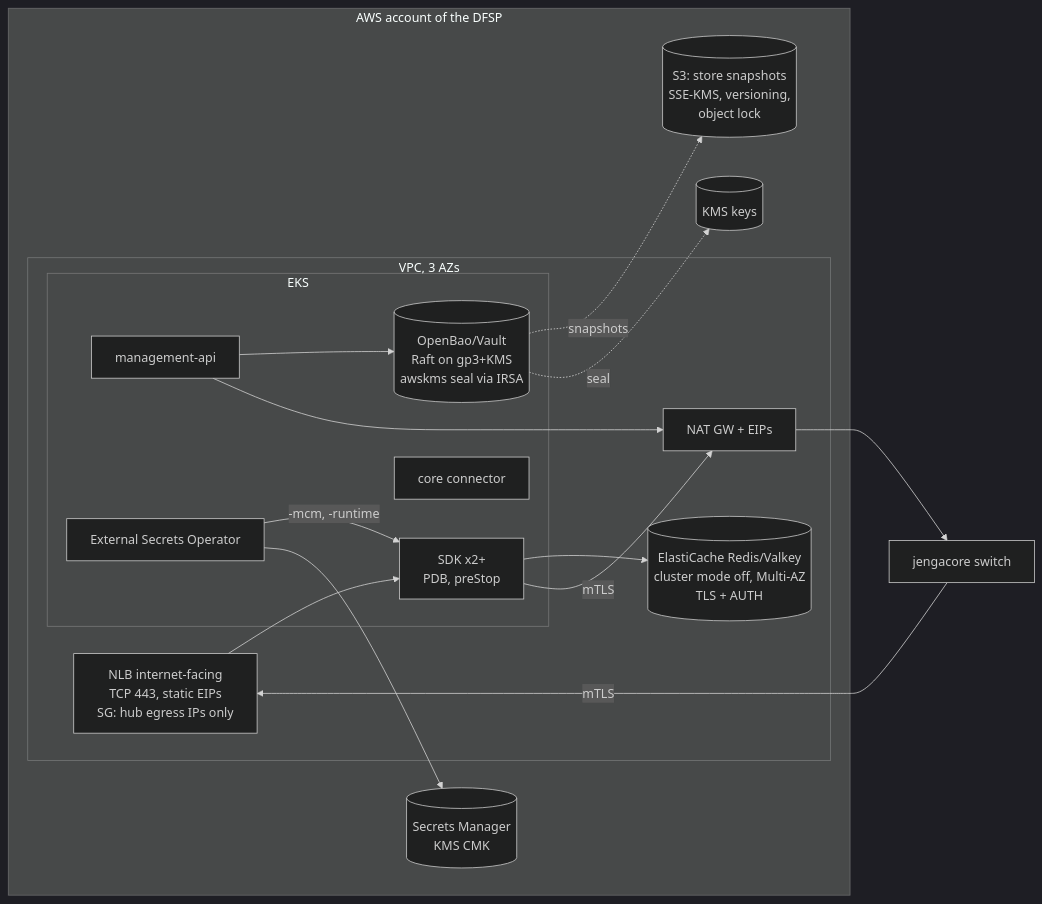
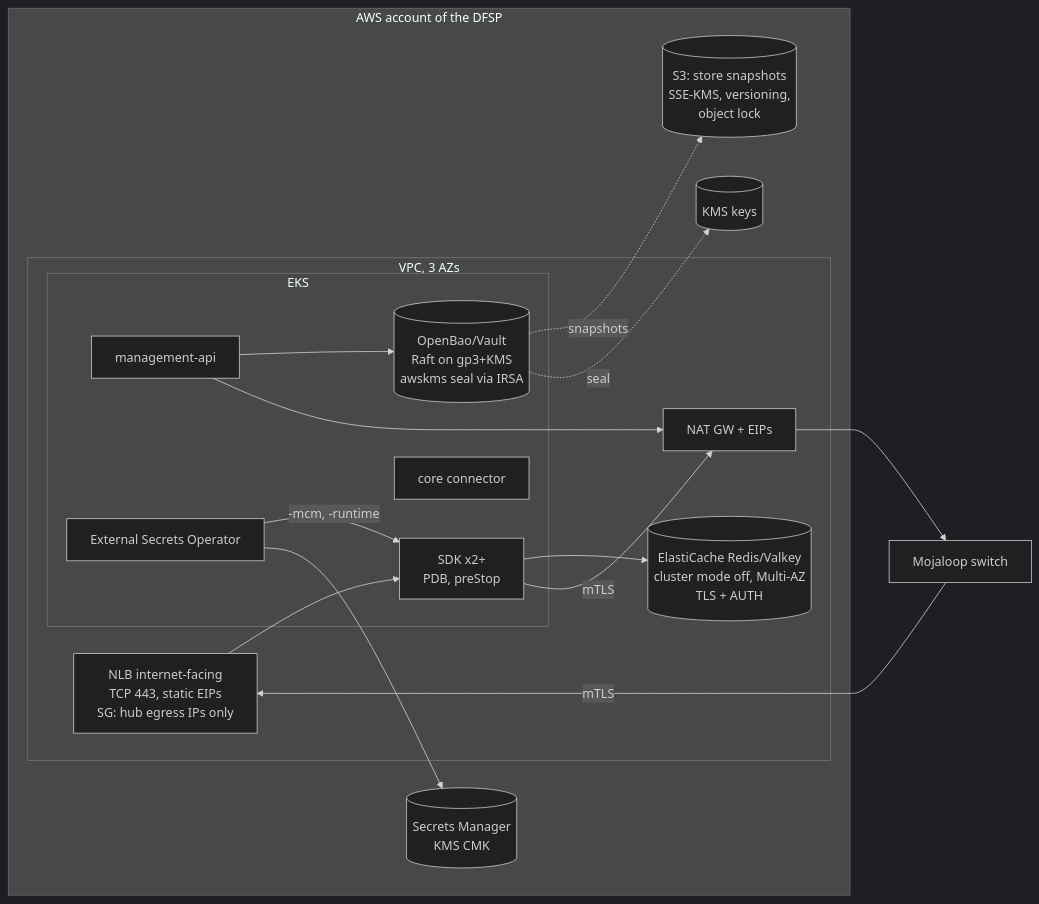
One commit to JengaCore/pm4ml-helm changed the fifth of 5 diagrams in docs/PRODUCTION.md. Above: the diagram before and after it, drawn with Mermaid (dark theme). The commit also changed 5 other files, not shown here.

Commit message:
docs: the switch is a Mojaloop switch (chart 0.2.2)

````diff
--- a/docs/PRODUCTION.md
+++ b/docs/PRODUCTION.md
@@ -196,29 +196,29 @@
 ```mermaid
 flowchart LR
   subgraph AWS account of the DFSP
     subgraph VPC[VPC, 3 AZs]
       NLB[NLB internet-facing<br/>TCP 443, static EIPs<br/>SG: hub egress IPs only]
       subgraph EKS
         SDK[SDK x2+<br/>PDB, preStop]
         MA[management-api]
         BAO[(OpenBao/Vault<br/>Raft on gp3+KMS<br/>awskms seal via IRSA)]
         CC[core connector]
         ESO[External Secrets Operator]
       end
       EC[(ElastiCache Redis/Valkey<br/>cluster mode off, Multi-AZ<br/>TLS + AUTH)]
       NAT[NAT GW + EIPs]
     end
     SM[(Secrets Manager<br/>KMS CMK)]
     S3[(S3: store snapshots<br/>SSE-KMS, versioning,<br/>object lock)]
     KMS[(KMS keys)]
   end
-  HUB[jengacore switch] -->|mTLS| NLB --> SDK
+  HUB[Mojaloop switch] -->|mTLS| NLB --> SDK
   SDK -->|mTLS| NAT --> HUB
   MA --> NAT
   SDK --> EC
   MA --> BAO
   BAO -.seal.-> KMS
   BAO -.snapshots.-> S3
   ESO --> SM
   ESO -->|<release>-mcm, <release>-runtime| SDK
 ```
````
